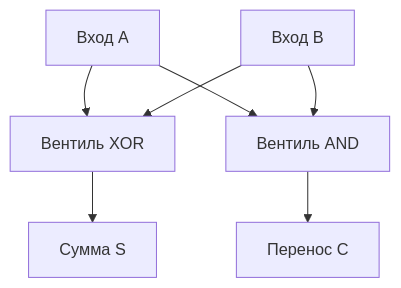
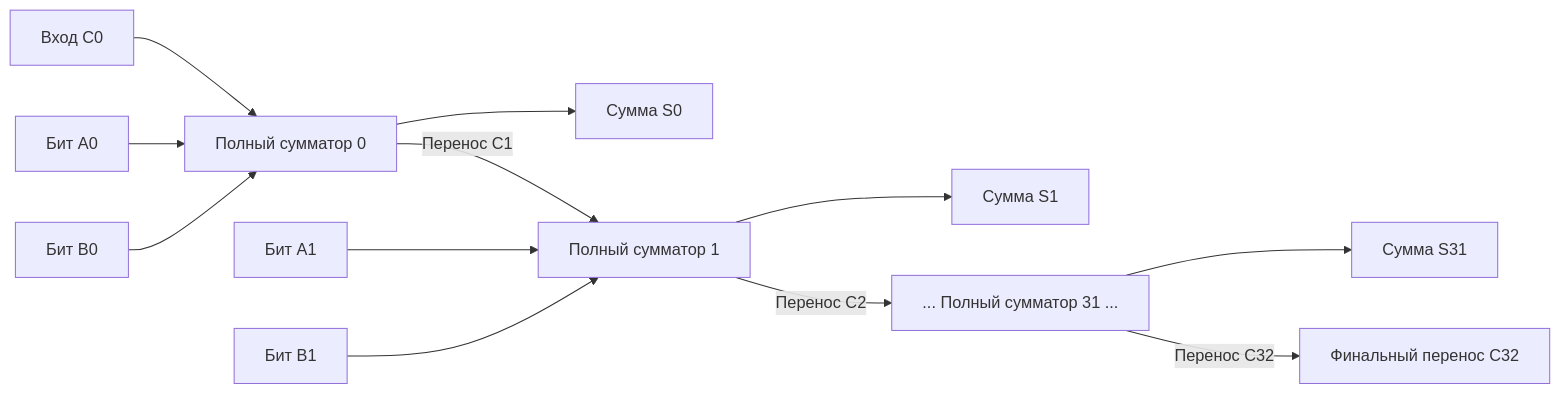
One commit to haiseskibidi/Zenith changed the diagram in docs/academy/hardware/chapter_0_intro.md. Above: the diagram before and after it, drawn with Mermaid. The commit also changed other lines of this file and 3 other files, not shown here.

````diff
--- a/docs/academy/hardware/chapter_0_intro.md
+++ b/docs/academy/hardware/chapter_0_intro.md
@@ -241,9 +587,14 @@
 ```mermaid
-graph TD
-    A[Вход A] --> XOR[Вентиль XOR]
-    B[Вход B] --> XOR
-    A --> AND[Вентиль AND]
-    B --> AND
-    XOR --> S[Сумма S]
-    AND --> C[Перенос C]
+graph LR
+    C0[Вход C0] --> FA0[Полный сумматор 0]
+    A0[Бит A0] --> FA0
+    B0[Бит B0] --> FA0
+    FA0 --> S0[Сумма S0]
+    FA0 -- Перенос C1 --> FA1[Полный сумматор 1]
+    A1[Бит A1] --> FA1
+    B1[Бит B1] --> FA1
+    FA1 --> S1[Сумма S1]
+    FA1 -- Перенос C2 --> FA2[... Полный сумматор 31 ...]
+    FA2 --> S31[Сумма S31]
+    FA2 -- Перенос C32 --> C32[Финальный перенос C32]
 ```
````
